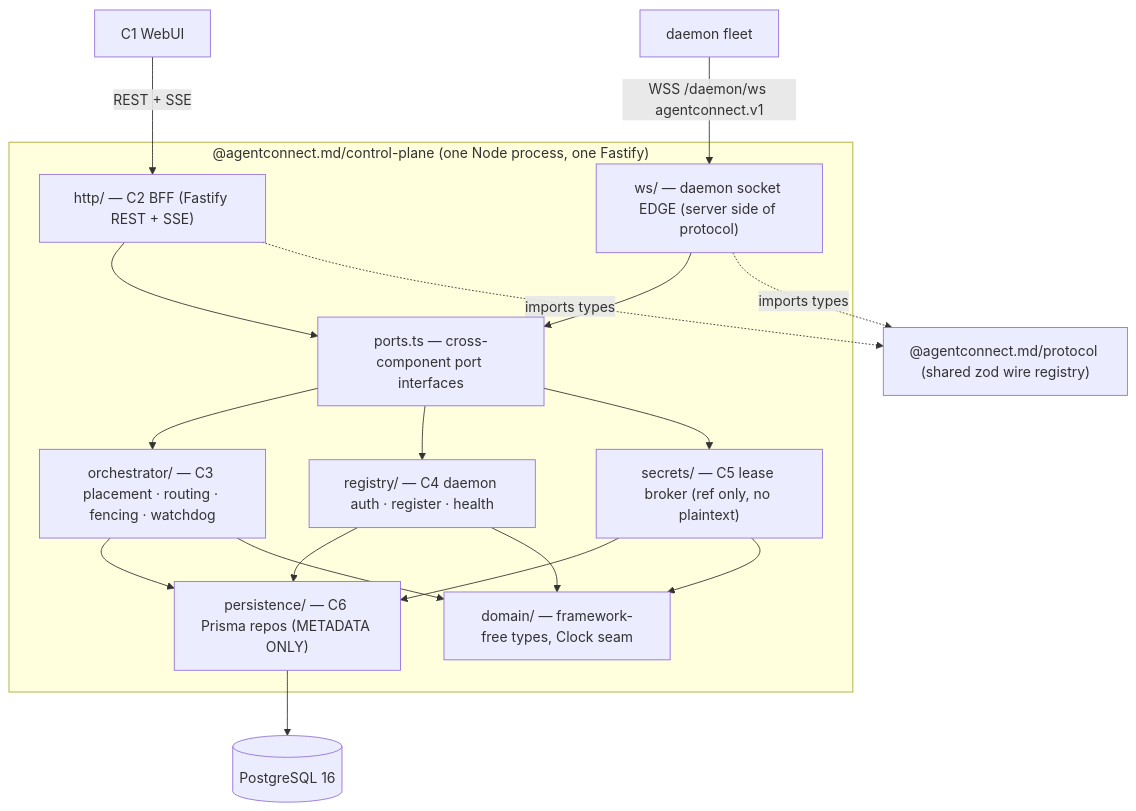
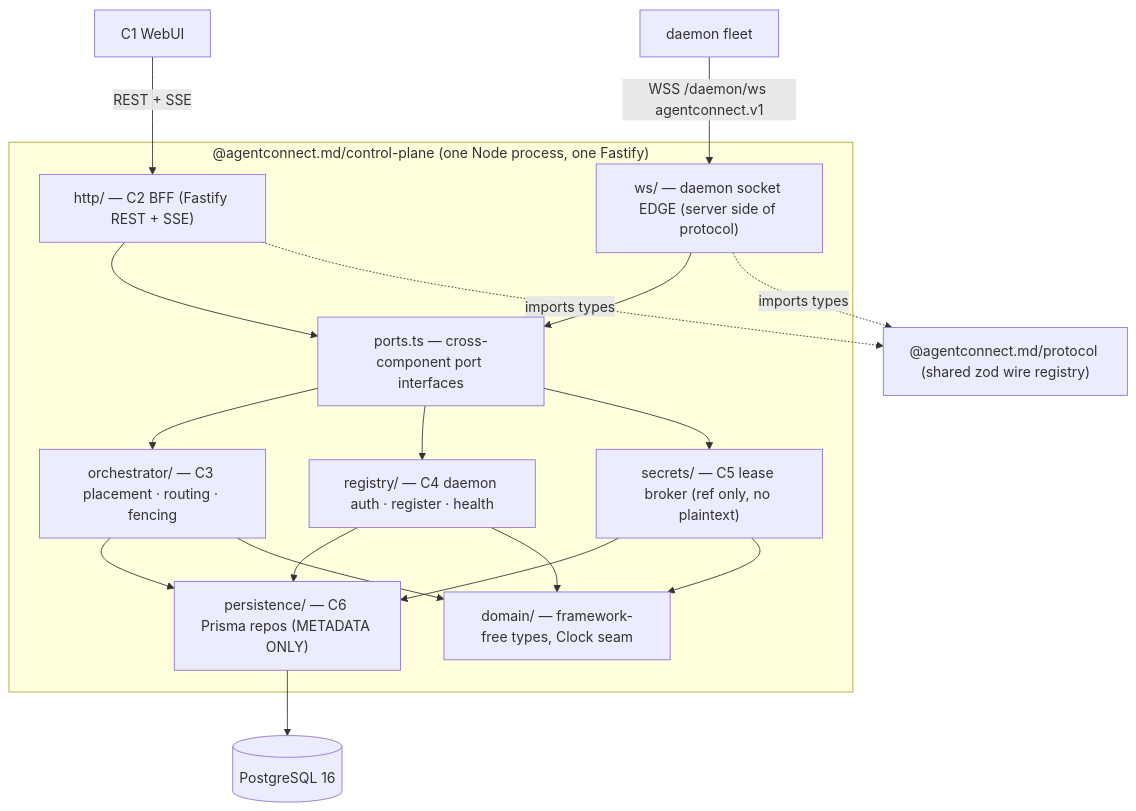
One commit to Harbor404/agentconnect changed the first of 3 diagrams in docs/designs/control-plane-implementation.md. Above: the diagram before and after it, drawn with Mermaid. The commit also changed other lines of this file and 10 other files, not shown here.

````diff
--- a/docs/designs/control-plane-implementation.md
+++ b/docs/designs/control-plane-implementation.md
@@ -36,26 +36,26 @@
 ```mermaid
 graph TD
   subgraph cp["@agentconnect.md/control-plane (one Node process, one Fastify)"]
     HTTP["http/ — C2 BFF (Fastify REST + SSE)"]
     WS["ws/ — daemon socket EDGE (server side of protocol)"]
     PORTS["ports.ts — cross-component port interfaces"]
-    ORCH["orchestrator/ — C3 placement · routing · fencing · watchdog"]
+    ORCH["orchestrator/ — C3 placement · routing · fencing"]
     REG["registry/ — C4 daemon auth · register · health"]
     SEC["secrets/ — C5 lease broker (ref only, no plaintext)"]
     PERS["persistence/ — C6 Prisma repos (METADATA ONLY)"]
     DOM["domain/ — framework-free types, Clock seam"]
   end
     PROTO["@agentconnect.md/protocol (shared zod wire registry)"]
   DAEMON["daemon fleet"] -- "WSS /daemon/ws agentconnect.v1" --> WS
   WEBUI["C1 WebUI"] -- "REST + SSE" --> HTTP
   PG[("PostgreSQL 16")]
 
   HTTP --> PORTS
   WS --> PORTS
   PORTS --> ORCH & REG & SEC
   ORCH & REG & SEC --> PERS
   PERS --> PG
   WS -. imports types .-> PROTO
   HTTP -. imports types .-> PROTO
   ORCH & REG & SEC --> DOM
 ```
````
